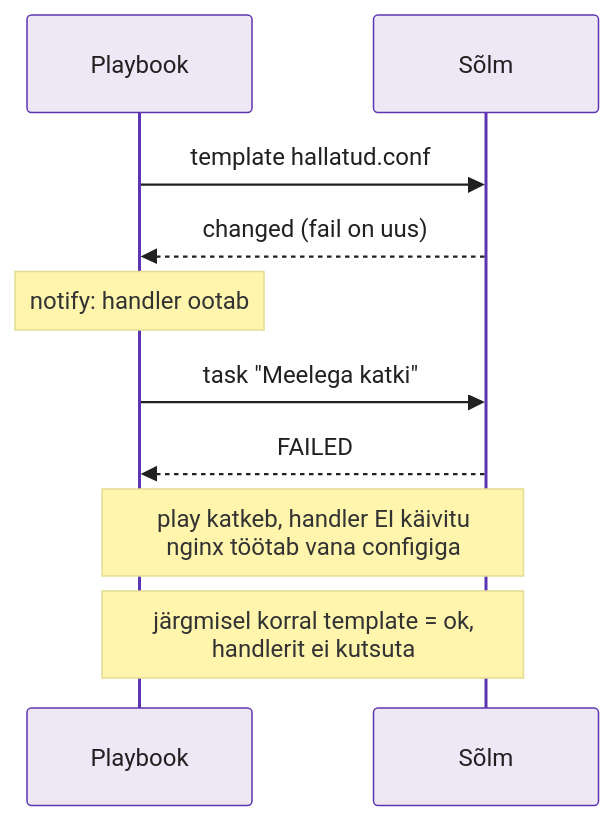
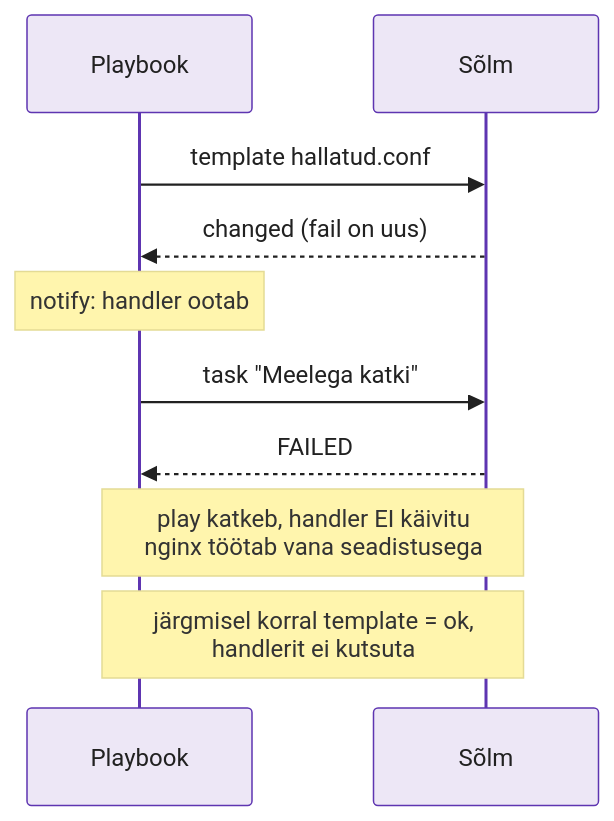
Before and after one commit to hkhk-automation/devops: the eighth of 11 diagrams in docs/week04/lab.md, drawn with Mermaid. The commit also changed other lines of this file and 16 other files, not shown here.

````diff
--- a/docs/week04/lab.md
+++ b/docs/week04/lab.md
@@ -637,13 +627,13 @@
 ```mermaid
 %%{init: {'theme':'base','themeVariables':{'primaryColor':'#ede7f6','primaryBorderColor':'#5e35b1','primaryTextColor':'#212121','lineColor':'#7e57c2'}}}%%
 sequenceDiagram
     participant P as Playbook
     participant N as Sõlm
     P->>N: template hallatud.conf
     N-->>P: changed (fail on uus)
     Note over P: notify: handler ootab
     P->>N: task "Meelega katki"
     N-->>P: FAILED
-    Note over P,N: play katkeb, handler EI käivitu<br/>nginx töötab vana configiga
+    Note over P,N: play katkeb, handler EI käivitu<br/>nginx töötab vana seadistusega
     Note over P,N: järgmisel korral template = ok,<br/>handlerit ei kutsuta
 ```
````
